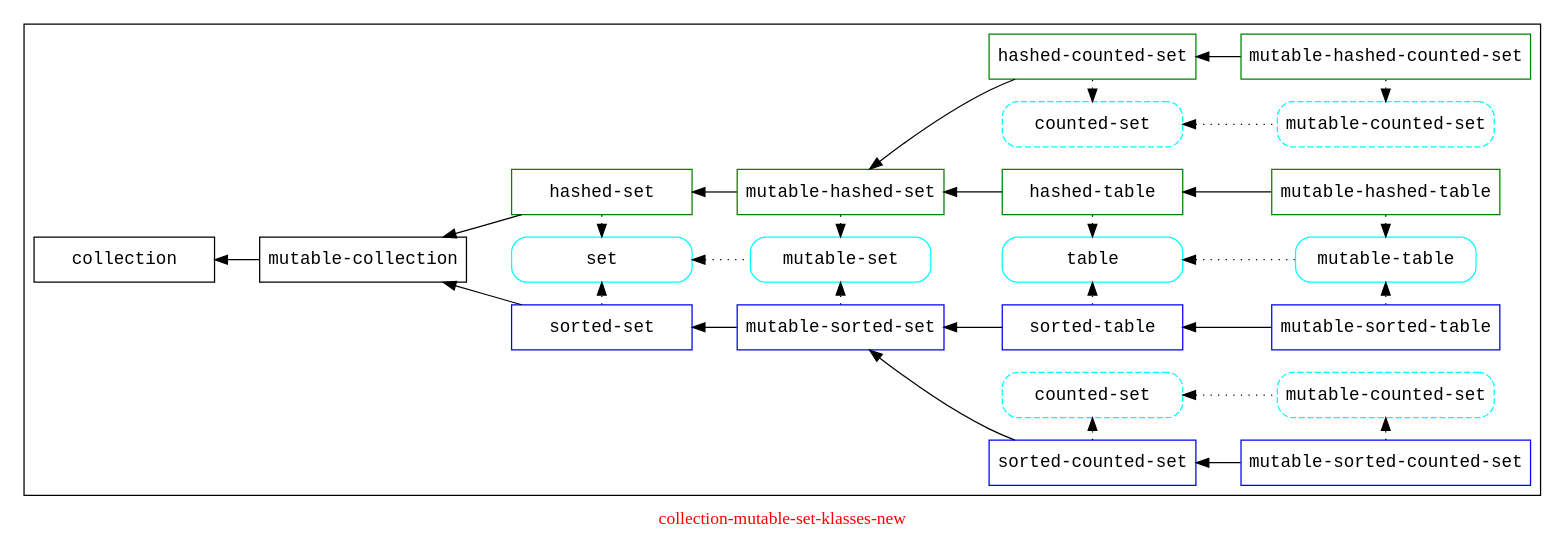
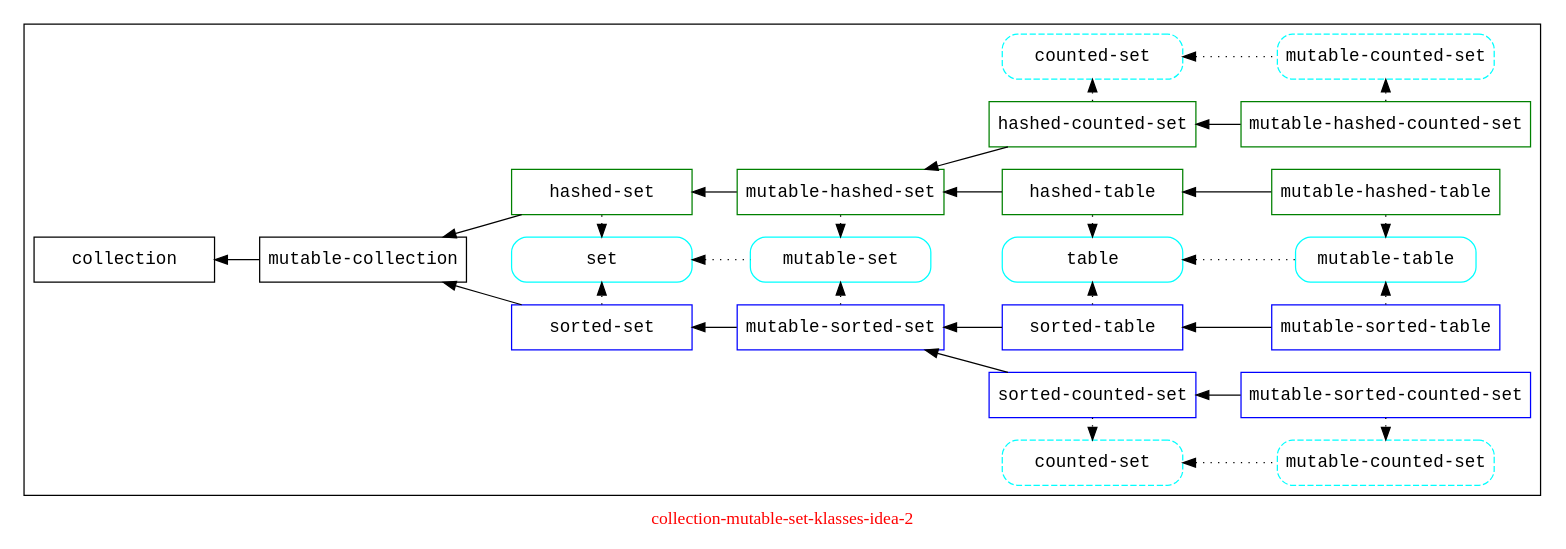
One commit to Ayyzee/dakota changed the diagram in doc/collection-mutable-set-klasses-idea-2.dot. Above: the diagram before and after it, drawn with Graphviz. The commit also changed 1 other file, not shown here.

Commit message:
Cleanup of mutable-set based klasses graph.

```diff
--- a/doc/collection-mutable-set-klasses-idea-2.dot
+++ b/doc/collection-mutable-set-klasses-idea-2.dot
@@ -1,128 +1,146 @@
 // -*- mode: C++; c-basic-offset: 2; tab-width: 2; indent-tabs-mode: nil -*-
 
 // Copyright (C) 2007, 2008, 2009 Robert Nielsen <robert@dakota.org>
 //
 // Licensed under the Apache License, Version 2.0 (the "License");
 // you may not use this file except in compliance with the License.
 // You may obtain a copy of the License at
 //
 //      http://www.apache.org/licenses/LICENSE-2.0
 //
 // Unless required by applicable law or agreed to in writing, software
 // distributed under the License is distributed on an "AS IS" BASIS,
 // WITHOUT WARRANTIES OR CONDITIONS OF ANY KIND, either express or implied.
 // See the License for the specific language governing permissions and
 // limitations under the License.
 
-digraph "collection-mutable-set-klasses-new"
+digraph "collection-mutable-set-klasses-idea-2"
 {
 	graph [ label = "\G",
           fontcolor = red,
           rankdir = LR,
 	];
 	node [ fontname = courier,
          shape = rect,
          width = 2.0,
 	];
 	edge [ dir = back, // its more natural to see: some-klass <- some-subklass
 	];
 
-//   subgraph "cluster-legend"
-//   {
-//     graph [ label = "legend" ];
-//     "klass w/o slots";
-//     "klass w/ slots" [ color = blue ];
-//     "union klass" [ color = green ];
-//     "trait" [ style = rounded ];
-//   }
+  // subgraph "cluster-legend"
+  // {
+  //   graph [ label = "legend" ];
+  //   "klass w/o slots";
+  //   "klass w/ slots" [ color = blue ];
+  //   "union klass" [ color = green ];
+  //   "trait" [ style = rounded ];
+  // }
 
   subgraph "cluster-main"
   {
     graph [ label = "" ];
-    // traits
-    "set" [ style = rounded, color = cyan ];
+
     "HASHED-counted-set" [ label = "counted-set", style = "rounded,dashed", color = cyan ];
     "HASHED-mutable-counted-set" [ label = "mutable-counted-set", style = "rounded,dashed", color = cyan ];
     "SORTED-counted-set" [ label = "counted-set", style = "rounded,dashed", color = cyan ];
     "SORTED-mutable-counted-set" [ label = "mutable-counted-set", style = "rounded,dashed", color = cyan ];
+    "hashed-counted-set" [ color = green ];
+    "hashed-set" [ color = green ];
+    "hashed-table" [ color = green ];
+    "mutable-hashed-counted-set" [ color = green ];
+    "mutable-hashed-set" [ color = green ];
+    "mutable-hashed-table" [ color = green ];
+    "mutable-set" [ style = rounded, color = cyan ];
+    "mutable-sorted-counted-set" [ color = blue ];
+    "mutable-sorted-set" [ color = blue ];
+    "mutable-sorted-table" [ color = blue ];
+    "mutable-table" [ style = rounded, color = cyan ];
+    "set" [ style = rounded, color = cyan ];
+    "sorted-counted-set" [ color = blue ];
+    "sorted-set" [ color = blue ];
+    "sorted-table" [ color = blue ];
     "table" [ style = rounded, color = cyan ];
-    "mutable-set" [ style = rounded, color = cyan ];
-    "mutable-table" [ style = rounded, color = cyan ];
-    "hashed-set" [ color = green ];
-    "sorted-set" [ color = blue ];
-    "sorted-counted-set" [ color = blue ];
-    "hashed-counted-set" [ color = green ];
-    "hashed-table" [ color = green ];
-    "sorted-table" [ color = blue ];
-    "mutable-hashed-table" [ color = green ];
-    "mutable-sorted-table" [ color = blue ];
-    "mutable-hashed-set" [ color = green ];
-    "mutable-sorted-set" [ color = blue ];
-    "mutable-hashed-counted-set" [ color = green ];
-    "mutable-sorted-counted-set" [ color = blue ];
 
     "mutable-sorted-set" -> "sorted-counted-set";
     "sorted-counted-set" -> "mutable-sorted-counted-set";
     "mutable-hashed-set" -> "hashed-counted-set";
     "hashed-counted-set" -> "mutable-hashed-counted-set";
-    "HASHED-counted-set" -> "hashed-counted-set" [ style = dotted ];
-    "HASHED-mutable-counted-set" -> "mutable-hashed-counted-set" [ style = dotted ];
-    "HASHED-counted-set" -> "HASHED-mutable-counted-set" [ style = dotted ];
-    "sorted-counted-set" -> "SORTED-counted-set" [ style = dotted, dir = forward ];
-    "mutable-sorted-counted-set" -> "SORTED-mutable-counted-set" [ style = dotted, dir = forward ];
-    "SORTED-counted-set" -> "SORTED-mutable-counted-set" [ style = dotted ];
-    
-    // klass-to-klass edges
+    "HASHED-counted-set" -> "HASHED-mutable-counted-set" [ style = dotted ]; // horizontal
+    "SORTED-counted-set" -> "SORTED-mutable-counted-set" [ style = dotted ]; // horizontal
+
     "sorted-set" -> "mutable-sorted-set";
     "hashed-set" -> "mutable-hashed-set";
     "mutable-collection" -> "sorted-set";
     "mutable-collection" -> "hashed-set";
     "collection" -> "mutable-collection";
     "mutable-sorted-set" -> "sorted-table";
     "mutable-hashed-set" -> "hashed-table";
 
-    // trait-to-trait edges
     "set" -> "mutable-set" [ style = dotted ];
     "table" -> "mutable-table" [ style = dotted ];
 
-    // klass-to-trait edges
-    // to debug set color = red
-    "sorted-set" -> "set" [ style = dotted, dir = forward ];
-    "sorted-table" -> "table" [ style = dotted, dir = forward ];
-    "mutable-sorted-set" -> "mutable-set" [ style = dotted,  dir = forward ];
-    "mutable-sorted-table" -> "mutable-table" [ style = dotted,  dir = forward ];
+    "sorted-set" -> "set" [ style = dotted, dir = forward ]; // vertical
+    "set" -> "hashed-set" [ style = dotted ]; // vertical
 
-    // trait-to-klass edges
-    "set" -> "hashed-set" [ style = dotted ];
-    "table" -> "hashed-table" [ style = dotted ];
-    "mutable-set" -> "mutable-hashed-set" [ style = dotted ];
-    "mutable-table" -> "mutable-hashed-table" [ style = dotted ];
+    "mutable-sorted-set" -> "mutable-set" [ style = dotted,  dir = forward ]; // vertical
+    "mutable-set" -> "mutable-hashed-set" [ style = dotted ]; // vertical
 
+    "sorted-table" -> "table" [ style = dotted, dir = forward ]; // vertical
+    "table" -> "hashed-table" [ style = dotted ]; // vertical
+
+    "mutable-sorted-table" -> "mutable-table" [ style = dotted,  dir = forward ]; // vertical
+    "mutable-table" -> "mutable-hashed-table" [ style = dotted ]; // vertical
+
+    "sorted-counted-set" -> "SORTED-counted-set" [ style = dotted, dir = forward ]; // vertical
+    "mutable-sorted-counted-set" -> "SORTED-mutable-counted-set" [ style = dotted, dir = forward ]; // vertical
+
+    "HASHED-counted-set" -> "hashed-counted-set" [ style = dotted ]; // vertical
+    "HASHED-mutable-counted-set" -> "mutable-hashed-counted-set" [ style = dotted ]; // vertical
+
+
+    "sorted-table" -> "sorted-counted-set" [ style = invis, dir = forward ]; // vertical
+    "mutable-sorted-table" -> "mutable-sorted-counted-set" [ style = invis, dir = forward ]; // vertical
+
+    "hashed-counted-set" -> "hashed-table" [ style = invis, dir = forward ]; // vertical
+    "mutable-hashed-counted-set" -> "mutable-hashed-table" [ style = invis, dir = forward ]; // vertical
+
+    "mutable-hashed-set" -> "HASHED-counted-set" [ style = invis, dir = forward ];
+    "mutable-sorted-set" -> "SORTED-counted-set" [ style = invis, dir = forward ];
+
+    "sorted-table" -> "mutable-sorted-counted-set" [ style = invis, dir = forward ];
+    "hashed-table" -> "mutable-hashed-counted-set" [ style = invis, dir = forward ];
+
+    "mutable-hashed-set" -> "table" [ style = invis, dir = forward ];
+    "mutable-sorted-set" -> "table" [ style = invis, dir = forward ];
+    
+    "hashed-table" -> "mutable-table" [ style = invis, dir = forward ];
+    "sorted-table" -> "mutable-table" [ style = invis, dir = forward ];
+    
     "sorted-table" -> "mutable-sorted-table";
     "hashed-table" -> "mutable-hashed-table";
 
-    { rank = same; "sorted-set"; "set" };
-    { rank = same; "hashed-set"; "set" };
+    subgraph { graph [ rank = same ]; "sorted-set"; "set" };
+    subgraph { graph [ rank = same ]; "hashed-set"; "set" };
 
-    { rank = same; "mutable-sorted-set"; "mutable-set" };
-    { rank = same; "mutable-hashed-set"; "mutable-set" };
+    subgraph { graph [ rank = same ]; "mutable-sorted-set"; "mutable-set" };
+    subgraph { graph [ rank = same ]; "mutable-hashed-set"; "mutable-set" };
 
-    { rank = same; "mutable-sorted-table"; "mutable-table" };
-    { rank = same; "mutable-hashed-table"; "mutable-table" };
+    subgraph { graph [ rank = same ]; "mutable-sorted-table"; "mutable-table" };
+    subgraph { graph [ rank = same ]; "mutable-hashed-table"; "mutable-table" };
 
-    { rank = same; "sorted-table"; "table" };
-    { rank = same; "hashed-table"; "table" };
+    subgraph { graph [ rank = same ]; "sorted-table"; "table" };
+    subgraph { graph [ rank = same ]; "hashed-table"; "table" };
     
-    { rank = same; "hashed-counted-set"; "HASHED-counted-set" };
-    { rank = same; "sorted-counted-set"; "HASHED-counted-set" };
+    subgraph { graph [ rank = same ]; "hashed-counted-set"; "HASHED-counted-set"; "hashed-table" };
+    subgraph { graph [ rank = same ]; "sorted-counted-set"; "HASHED-counted-set"; "hashed-table" };
 
-    { rank = same; "mutable-hashed-counted-set"; "HASHED-mutable-counted-set" };
-    { rank = same; "mutable-sorted-counted-set"; "HASHED-mutable-counted-set" };
+    subgraph { graph [ rank = same ]; "mutable-hashed-counted-set"; "HASHED-mutable-counted-set"; "mutable-hashed-table" };
+    subgraph { graph [ rank = same ]; "mutable-sorted-counted-set"; "HASHED-mutable-counted-set"; "mutable-hashed-table" };
 
-    { rank = same; "hashed-counted-set"; "SORTED-counted-set" };
-    { rank = same; "sorted-counted-set"; "SORTED-counted-set" };
+    subgraph { graph [ rank = same ]; "hashed-counted-set"; "SORTED-counted-set" };
+    subgraph { graph [ rank = same ]; "sorted-counted-set"; "SORTED-counted-set" };
 
-    { rank = same; "mutable-hashed-counted-set"; "SORTED-mutable-counted-set" };
-    { rank = same; "mutable-sorted-counted-set"; "SORTED-mutable-counted-set" };
+    subgraph { graph [ rank = same ]; "mutable-hashed-counted-set"; "SORTED-mutable-counted-set" };
+    subgraph { graph [ rank = same ]; "mutable-sorted-counted-set"; "SORTED-mutable-counted-set" };
   }
 }
```
